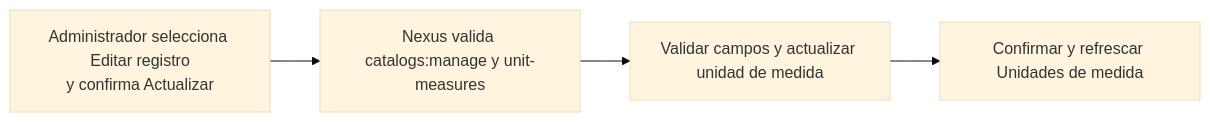
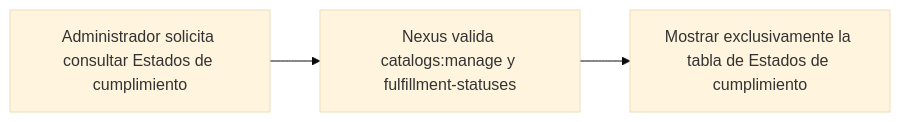
Before and after one commit to gpgsistemas01/nexus: the diagram in docs/requirements/diagrams/catalogs/cu-cat-42.md, drawn with Mermaid (base theme). The commit also changed other lines of this file and 126 other files, not shown here.

````diff
--- a/docs/requirements/diagrams/catalogs/cu-cat-42.md
+++ b/docs/requirements/diagrams/catalogs/cu-cat-42.md
@@ -3,6 +3,5 @@
 ```mermaid
 flowchart LR
-    request["Administrador selecciona Editar registro<br/>y confirma Actualizar"] --> authorize["Nexus valida catalogs:manage y unit-measures"]
-    authorize --> persist["Validar campos y actualizar unidad de medida"]
-    persist --> result["Confirmar y refrescar Unidades de medida"]
+    request["Administrador solicita consultar Estados de cumplimiento"] --> authorize["Nexus valida catalogs:manage y fulfillment-statuses"]
+    authorize --> result["Mostrar exclusivamente la tabla de Estados de cumplimiento"]
 ```
````
